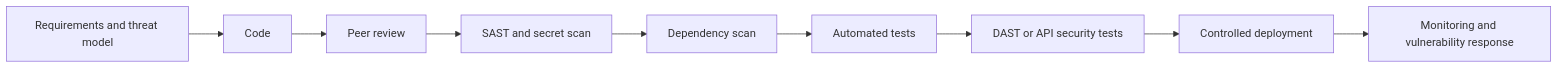
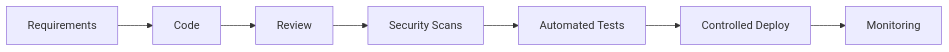
Before and after one commit to AvadhBhalodiya/Interview-Preparation: the fifth of 6 diagrams in src/content/payments/pci-dss-basics.md, drawn with Mermaid. The commit also changed other lines of this file and 54 other files, not shown here.

````diff
--- a/src/content/payments/pci-dss-basics.md
+++ b/src/content/payments/pci-dss-basics.md
@@ -478,11 +364,9 @@
 ```mermaid
 flowchart LR
-    R[Requirements and threat model] --> C[Code]
-    C --> PR[Peer review]
-    PR --> SAST[SAST and secret scan]
-    SAST --> SCA[Dependency scan]
-    SCA --> T[Automated tests]
-    T --> DAST[DAST or API security tests]
-    DAST --> DEP[Controlled deployment]
-    DEP --> MON[Monitoring and vulnerability response]
+    R[Requirements] --> C[Code]
+    C --> PR[Review]
+    PR --> SEC[Security Scans]
+    SEC --> TEST[Automated Tests]
+    TEST --> DEP[Controlled Deploy]
+    DEP --> MON[Monitoring]
 ```
````
